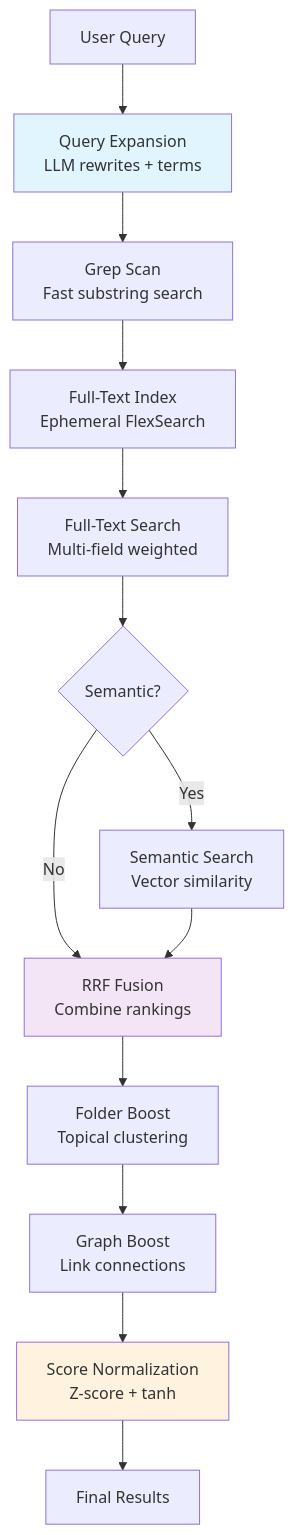
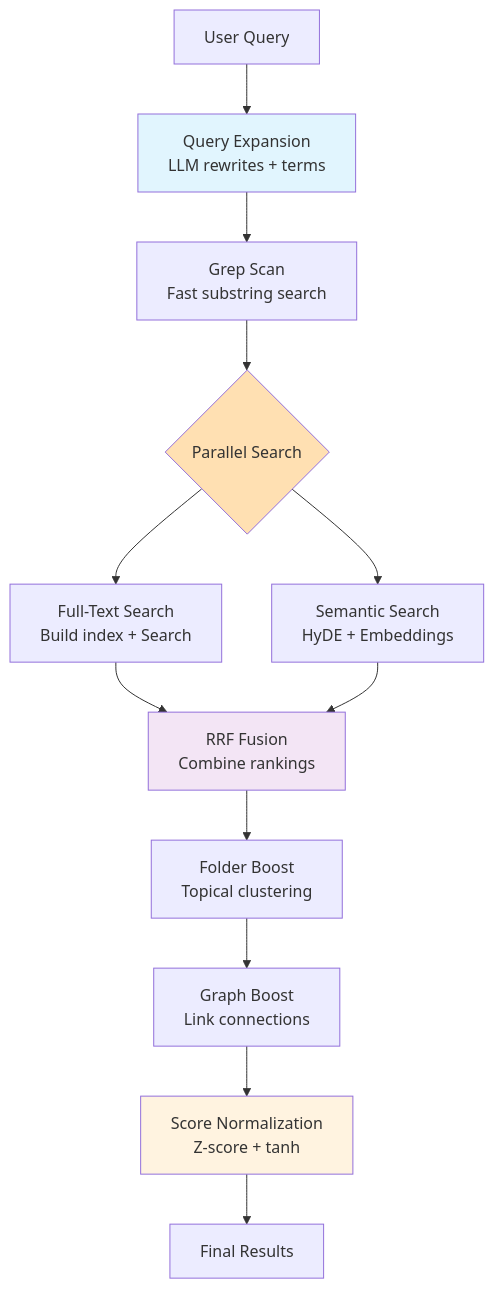
The diagram in src/search/v3/README.md (logancyang/obsidian-copilot), drawn with Mermaid before and after one commit. The commit also changed other lines of this file and 1 other file, not shown here.

First line of the commit message:
Refactor search architecture to enable parallel execution of lexical and semantic searches

````diff
--- a/src/search/v3/README.md
+++ b/src/search/v3/README.md
@@ -7,19 +7,19 @@
 ```mermaid
 graph TD
     A[User Query] --> B[Query Expansion<br/>LLM rewrites + terms]
     B --> C[Grep Scan<br/>Fast substring search]
-    C --> D[Full-Text Index<br/>Ephemeral FlexSearch]
-    D --> E[Full-Text Search<br/>Multi-field weighted]
-    E --> F{Semantic?}
-    F -->|Yes| G[Semantic Search<br/>Vector similarity]
-    F -->|No| H[RRF Fusion]
-    G --> H[RRF Fusion<br/>Combine rankings]
-    H --> I[Folder Boost<br/>Topical clustering]
-    I --> J[Graph Boost<br/>Link connections]
-    J --> K[Score Normalization<br/>Z-score + tanh]
-    K --> L[Final Results]
+    C --> D{Parallel Search}
+    D --> E[Full-Text Search<br/>Build index + Search]
+    D --> F[Semantic Search<br/>HyDE + Embeddings]
+    E --> G[RRF Fusion<br/>Combine rankings]
+    F --> G
+    G --> H[Folder Boost<br/>Topical clustering]
+    H --> I[Graph Boost<br/>Link connections]
+    I --> J[Score Normalization<br/>Z-score + tanh]
+    J --> K[Final Results]
 
     style B fill:#e1f5fe
-    style H fill:#f3e5f5
-    style K fill:#fff3e0
+    style D fill:#ffe0b2
+    style G fill:#f3e5f5
+    style J fill:#fff3e0
 ```
````
